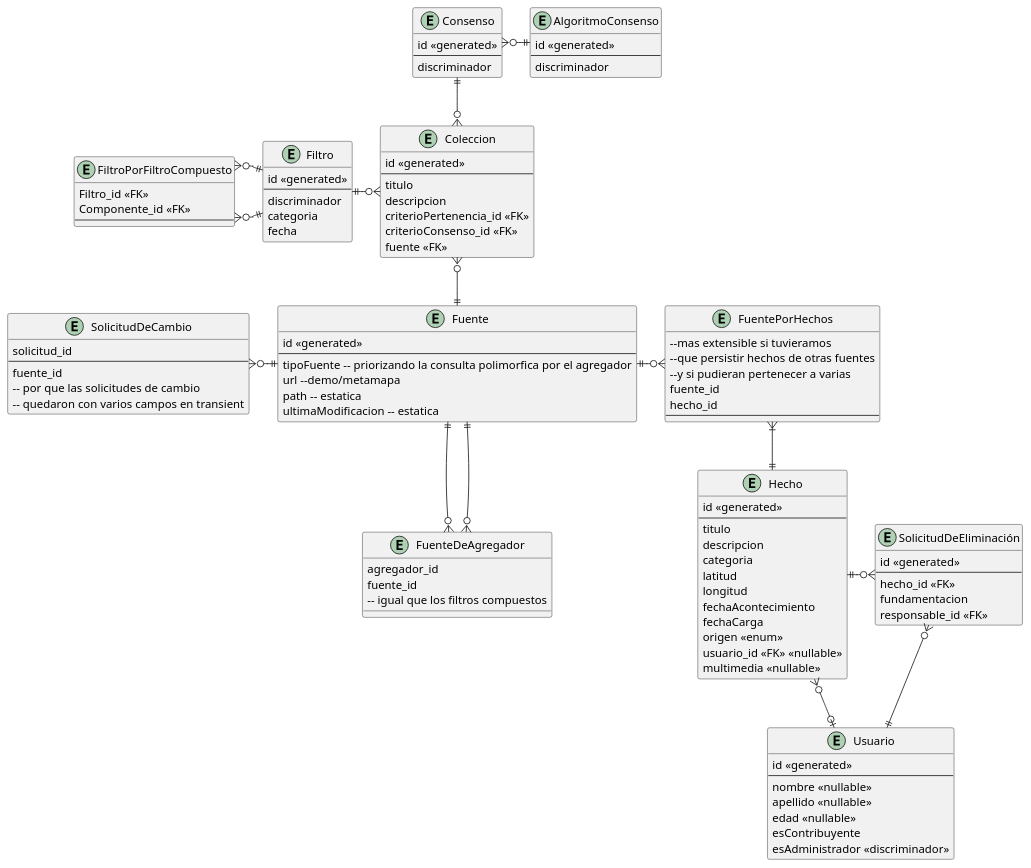
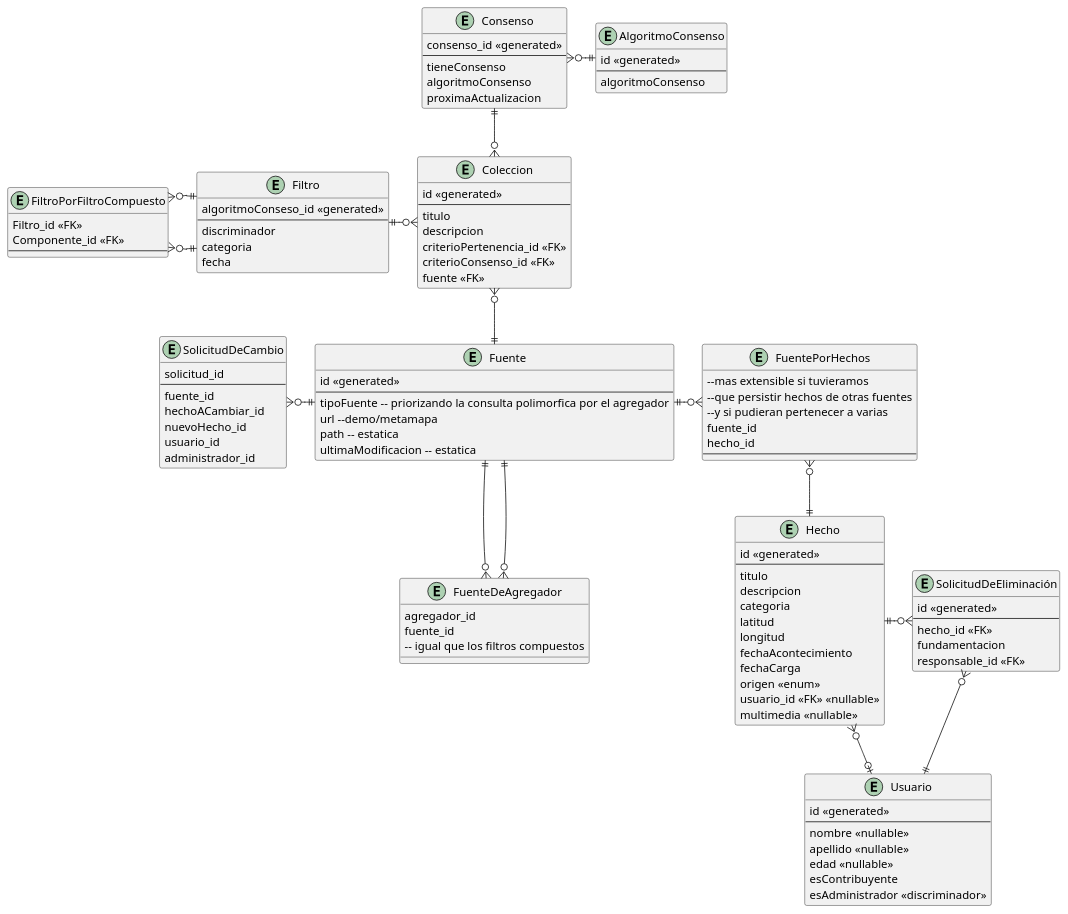
Before and after one commit to lrizzitano/Metamapa: the diagram in diagramas/diagrama-relacional.puml, drawn with PlantUML.

Commit message:
Agrego atributos al der

```diff
--- a/diagramas/diagrama-relacional.puml
+++ b/diagramas/diagrama-relacional.puml
@@ -1,126 +1,130 @@
 @startuml
 
 ' Single Table Usuario - Administrador
 entity Usuario {
     id <<generated>>
     --
     nombre <<nullable>>
     apellido <<nullable>>
     edad <<nullable>>
     esContribuyente
     esAdministrador <<discriminador>>
 }
 
 entity SolicitudDeEliminación {
     id <<generated>>
     --
     hecho_id <<FK>>
     fundamentacion
     responsable_id <<FK>>
 }
 
 entity Hecho {
     id <<generated>>
     --
     titulo
     descripcion
     categoria
     latitud
     longitud
     fechaAcontecimiento
     fechaCarga
     origen <<enum>>
     'Cambiar el nombre para diferenciarlo del de la clase??
     usuario_id <<FK>> <<nullable>>
     multimedia <<nullable>>
 }
 
 entity Coleccion {
     id <<generated>>
     --
     titulo
     descripcion
     criterioPertenencia_id <<FK>>
     criterioConsenso_id <<FK>>
     fuente <<FK>>
 }
 
 entity Consenso {
-    id <<generated>>
+    consenso_id <<generated>>
     --
-    discriminador
+    tieneConsenso
+    algoritmoConsenso
+    proximaActualizacion
 }
 
 entity AlgoritmoConsenso {
     id <<generated>>
     --
-    discriminador
+    algoritmoConsenso
 }
 
 entity Filtro {
-    id <<generated>>
+    algoritmoConseso_id <<generated>>
     --
     discriminador
     categoria
     fecha
 }
 
 entity FiltroPorFiltroCompuesto {
     Filtro_id <<FK>>
     Componente_id <<FK>>
     --
 }
 
 entity Fuente {
     id <<generated>>
     --
     tipoFuente -- priorizando la consulta polimorfica por el agregador
     url --demo/metamapa
     path -- estatica
     ultimaModificacion -- estatica
 }
 
 entity FuenteDeAgregador {
     agregador_id
     fuente_id
     -- igual que los filtros compuestos
 }
 
 entity SolicitudDeCambio {
     solicitud_id
     --
     fuente_id
-    -- por que las solicitudes de cambio
-    -- quedaron con varios campos en transient
+    hechoACambiar_id
+    nuevoHecho_id
+    usuario_id
+    administrador_id
 }
 
 entity FuentePorHechos {
     --mas extensible si tuvieramos
     --que persistir hechos de otras fuentes
     --y si pudieran pertenecer a varias
     fuente_id
     hecho_id
     --
 }
 
 SolicitudDeEliminación }o-left-|| Hecho
 SolicitudDeEliminación }o--|| Usuario
 Hecho }o--o| Usuario
 
 Coleccion }o-up-|| Consenso
 Coleccion }o-l-|| Filtro
 
 Fuente ||--o{ FuenteDeAgregador
 FuenteDeAgregador }o--|| Fuente
 Fuente ||-right-o{FuentePorHechos
-FuentePorHechos}|--|| Hecho
+FuentePorHechos}o--|| Hecho
 Fuente ||-left-o{ SolicitudDeCambio
 
 Filtro ||-l-o{ FiltroPorFiltroCompuesto
 Filtro ||--o{ FiltroPorFiltroCompuesto
 
 Consenso }o-right-|| AlgoritmoConsenso
 
 Coleccion }o--|| Fuente
 
 @enduml
```
